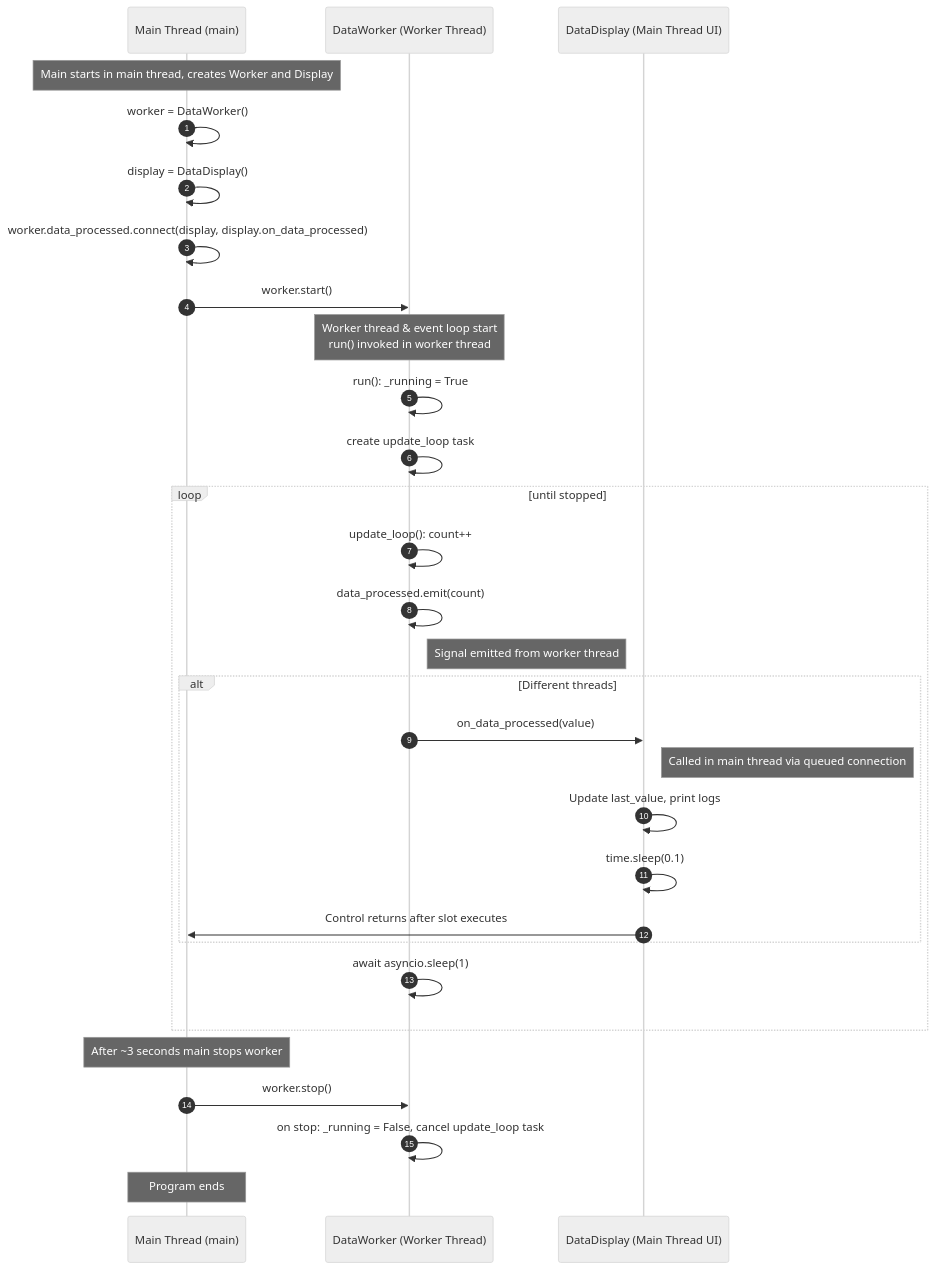
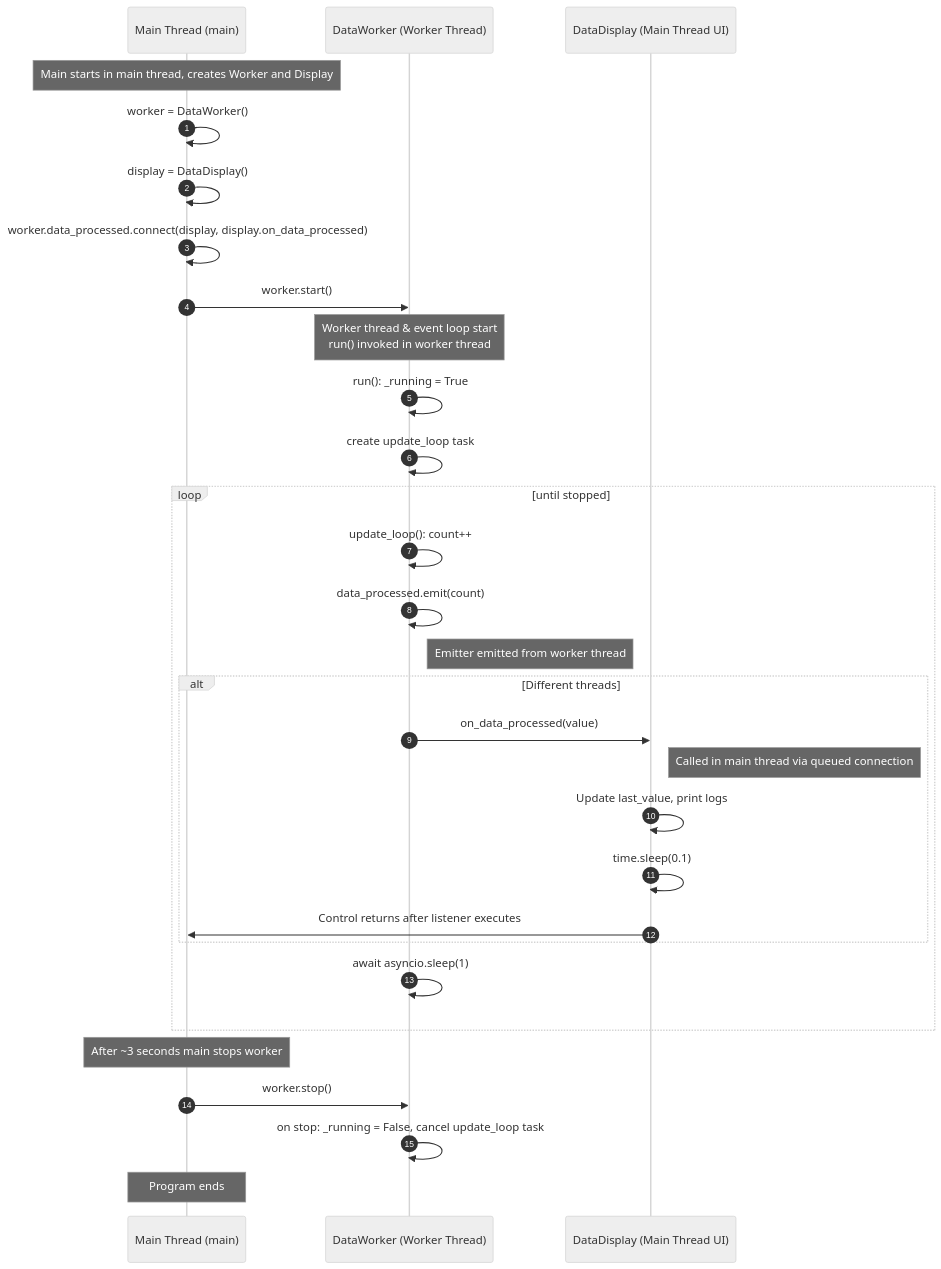
One commit to nexconnectio/pynnex changed the seventh of 12 diagrams in docs/examples.md. Above: the diagram before and after it, drawn with Mermaid (neutral theme). The commit also changed other lines of this file and 43 other files, not shown here.

First line of the commit message:
refactor: rename signal/slot to emitter/listener (#10)

````diff
--- a/docs/examples.md
+++ b/docs/examples.md
@@ -354,40 +362,40 @@
 ```mermaid
 sequenceDiagram
     autonumber
     participant M as Main Thread (main)
     participant W as DataWorker (Worker Thread)
     participant D as DataDisplay (Main Thread UI)
 
     Note over M: Main starts in main thread, creates Worker and Display
     M->>M: worker = DataWorker()
     M->>M: display = DataDisplay()
 
     M->>M: worker.data_processed.connect(display, display.on_data_processed)
 
     M->>W: worker.start()
     Note over W: Worker thread & event loop start<br>run() invoked in worker thread
     W->>W: run(): _running = True
     W->>W: create update_loop task
 
     loop until stopped
         W->>W: update_loop(): count++
         W->>W: data_processed.emit(count)
-        note right of W: Signal emitted from worker thread
+        note right of W: Emitter emitted from worker thread
 
         alt Different threads
             W->>D: on_data_processed(value)
             note right of D: Called in main thread via queued connection
             D->>D: Update last_value, print logs
             D->>D: time.sleep(0.1)
-            D->>M: Control returns after slot executes
+            D->>M: Control returns after listener executes
         end
 
         W->>W: await asyncio.sleep(1)
     end
 
     Note over M: After ~3 seconds main stops worker
     M->>W: worker.stop()
     W->>W: on stop: _running = False, cancel update_loop task
 
     Note over M: Program ends
 ```
````
